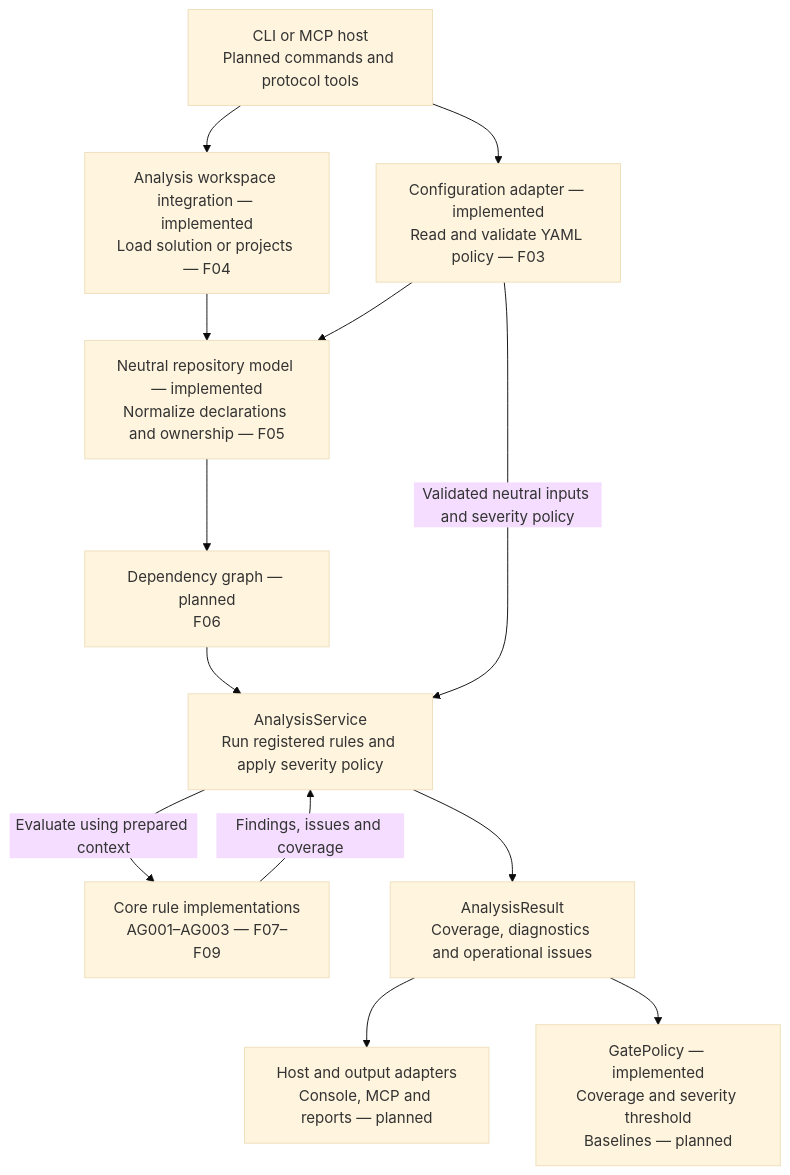
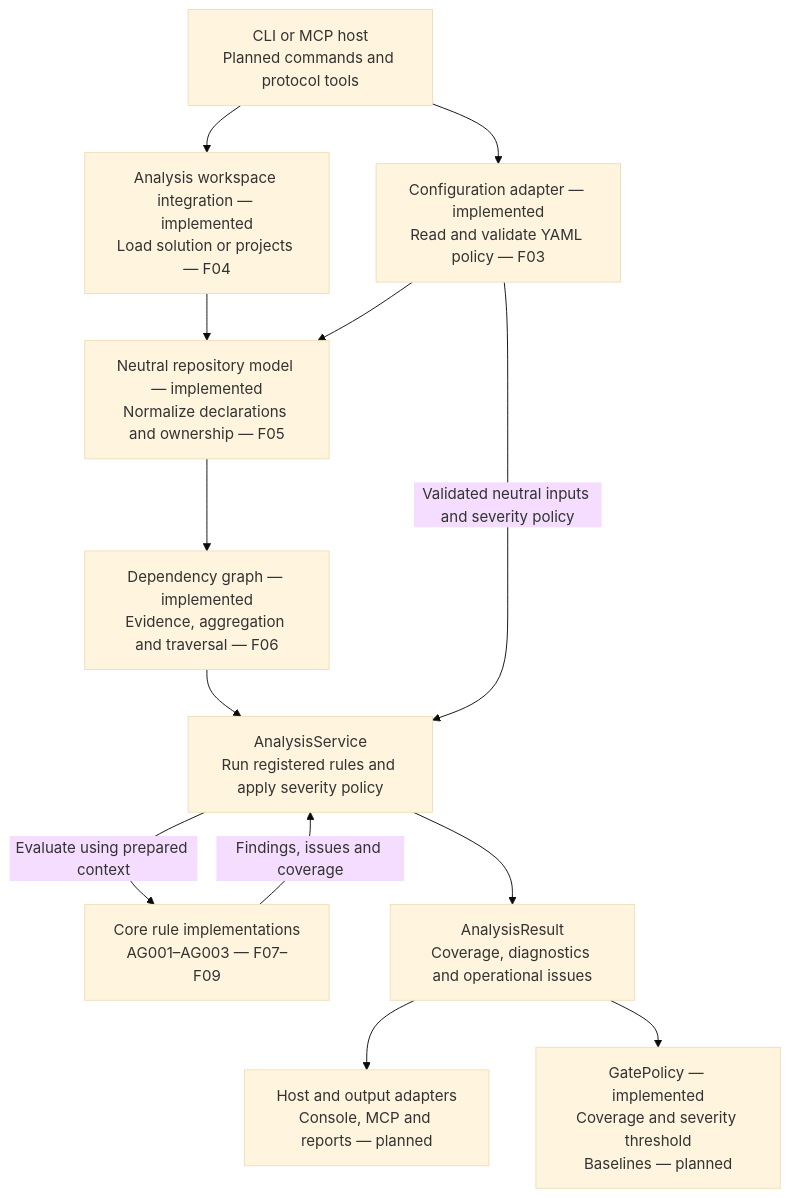
One commit to kbourzayq/arch-guard changed the second of 3 diagrams in docs/architecture/overview.md. Above: the diagram before and after it, drawn with Mermaid (base theme). The commit also changed other lines of this file and 18 other files, not shown here.

First line of the commit message:
feat(analysis): extract dependency edges and evidence graph

````diff
--- a/docs/architecture/overview.md
+++ b/docs/architecture/overview.md
@@ -125,26 +129,26 @@
 ```mermaid
 flowchart TD
     Host["CLI or MCP host<br/>Planned commands and protocol tools"]
     Configuration["Configuration adapter — implemented<br/>Read and validate YAML policy — F03"]
     Workspace["Analysis workspace integration — implemented<br/>Load solution or projects — F04"]
     Context["Neutral repository model — implemented<br/>Normalize declarations and ownership — F05"]
-    Graph["Dependency graph — planned<br/>F06"]
+    Graph["Dependency graph — implemented<br/>Evidence, aggregation and traversal — F06"]
     Service["AnalysisService<br/>Run registered rules and apply severity policy"]
     Rules["Core rule implementations<br/>AG001–AG003 — F07–F09"]
     Result["AnalysisResult<br/>Coverage, diagnostics and operational issues"]
     Output["Host and output adapters<br/>Console, MCP and reports — planned"]
     Gate["GatePolicy — implemented<br/>Coverage and severity threshold<br/>Baselines — planned"]
 
     Host --> Configuration
     Host --> Workspace
     Workspace --> Context
     Configuration --> Context
     Context --> Graph
     Graph --> Service
     Configuration -->|"Validated neutral inputs and severity policy"| Service
     Service -->|"Evaluate using prepared context"| Rules
     Rules -->|"Findings, issues and coverage"| Service
     Service --> Result
     Result --> Output
     Result --> Gate
 ```
````
